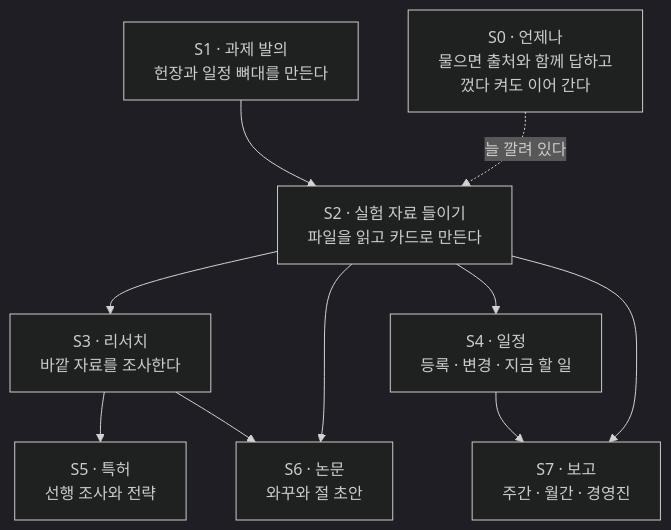
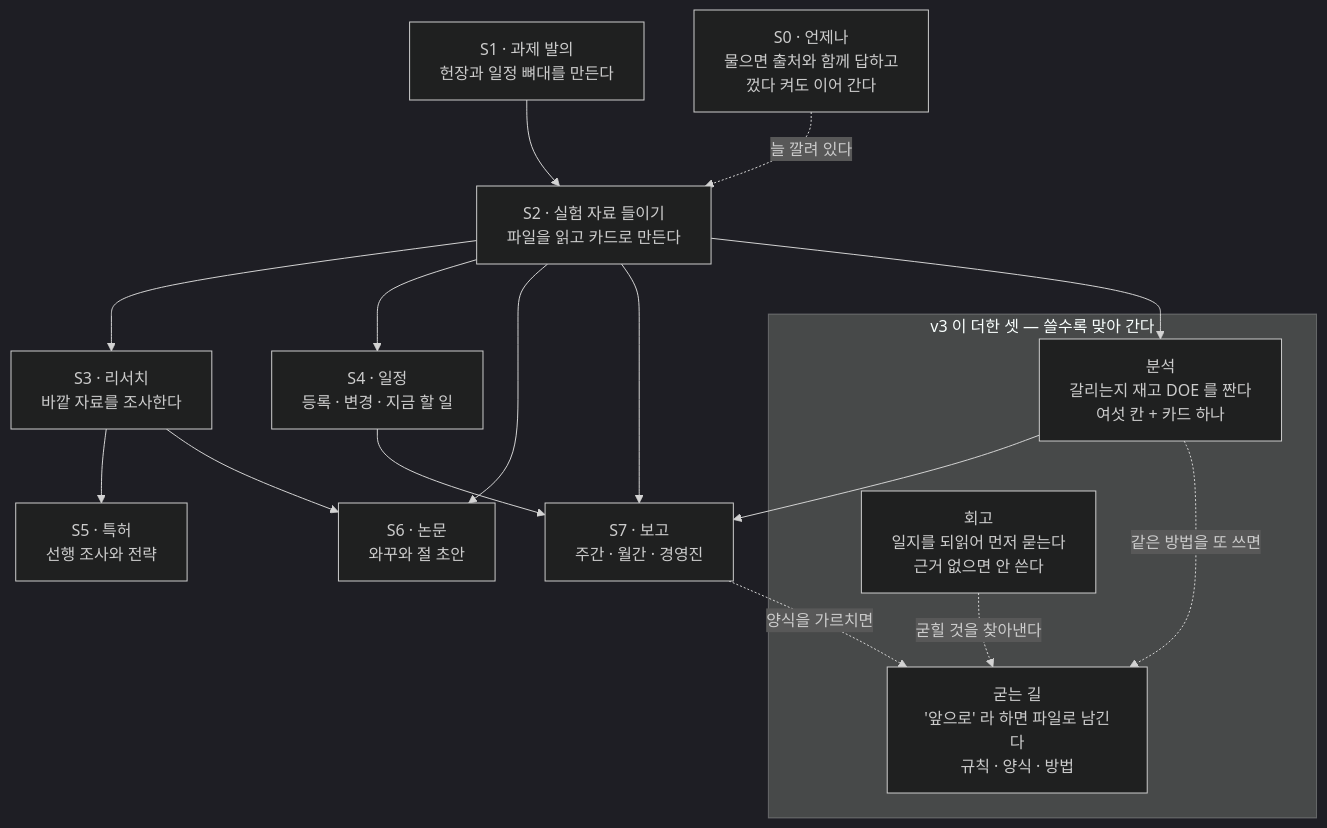
One commit to bjw202/prodev changed the second of 14 diagrams in README.md. Above: the diagram before and after it, drawn with Mermaid (dark theme). The commit also changed other lines of this file and 3 other files, not shown here.

````diff
--- a/README.md
+++ b/README.md
@@ -68,21 +72,32 @@
 ```mermaid
 flowchart TB
     S1["S1 · 과제 발의<br/>헌장과 일정 뼈대를 만든다"]
     S2["S2 · 실험 자료 들이기<br/>파일을 읽고 카드로 만든다"]
     S3["S3 · 리서치<br/>바깥 자료를 조사한다"]
     S4["S4 · 일정<br/>등록 · 변경 · 지금 할 일"]
     S5["S5 · 특허<br/>선행 조사와 전략"]
     S6["S6 · 논문<br/>와꾸와 절 초안"]
     S7["S7 · 보고<br/>주간 · 월간 · 경영진"]
     S0["S0 · 언제나<br/>물으면 출처와 함께 답하고<br/>껐다 켜도 이어 간다"]
 
+    subgraph V3["v3 이 더한 셋 — 쓸수록 맞아 간다"]
+        VA["분석<br/>갈리는지 재고 DOE 를 짠다<br/>여섯 칸 + 카드 하나"]
+        VH["굳는 길<br/>'앞으로' 라 하면 파일로 남긴다<br/>규칙 · 양식 · 방법"]
+        VR["회고<br/>일지를 되읽어 먼저 묻는다<br/>근거 없으면 안 쓴다"]
+    end
+
     S1 --> S2
     S2 --> S3
     S2 --> S4
     S3 --> S5
     S3 --> S6
     S2 --> S6
     S4 --> S7
     S2 --> S7
     S0 -.->|"늘 깔려 있다"| S2
+    S2 --> VA
+    VA --> S7
+    VA -.->|"같은 방법을 또 쓰면"| VH
+    S7 -.->|"양식을 가르치면"| VH
+    VR -.->|"굳힐 것을 찾아낸다"| VH
 ```
````
